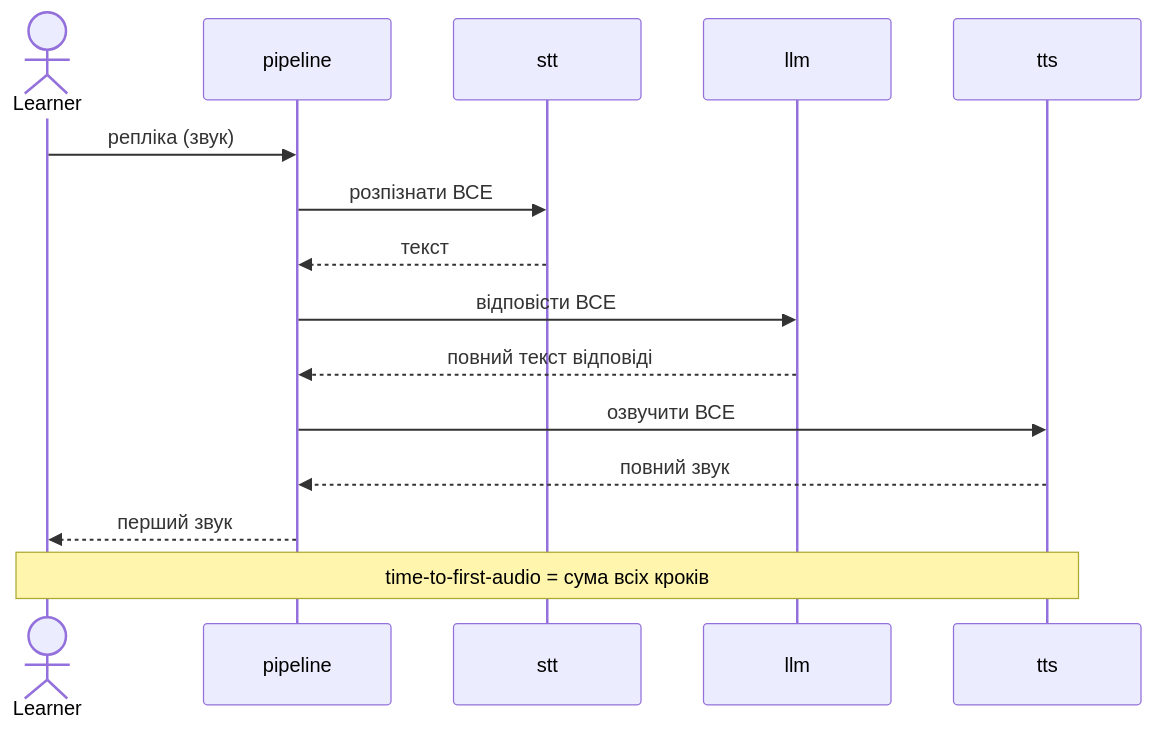
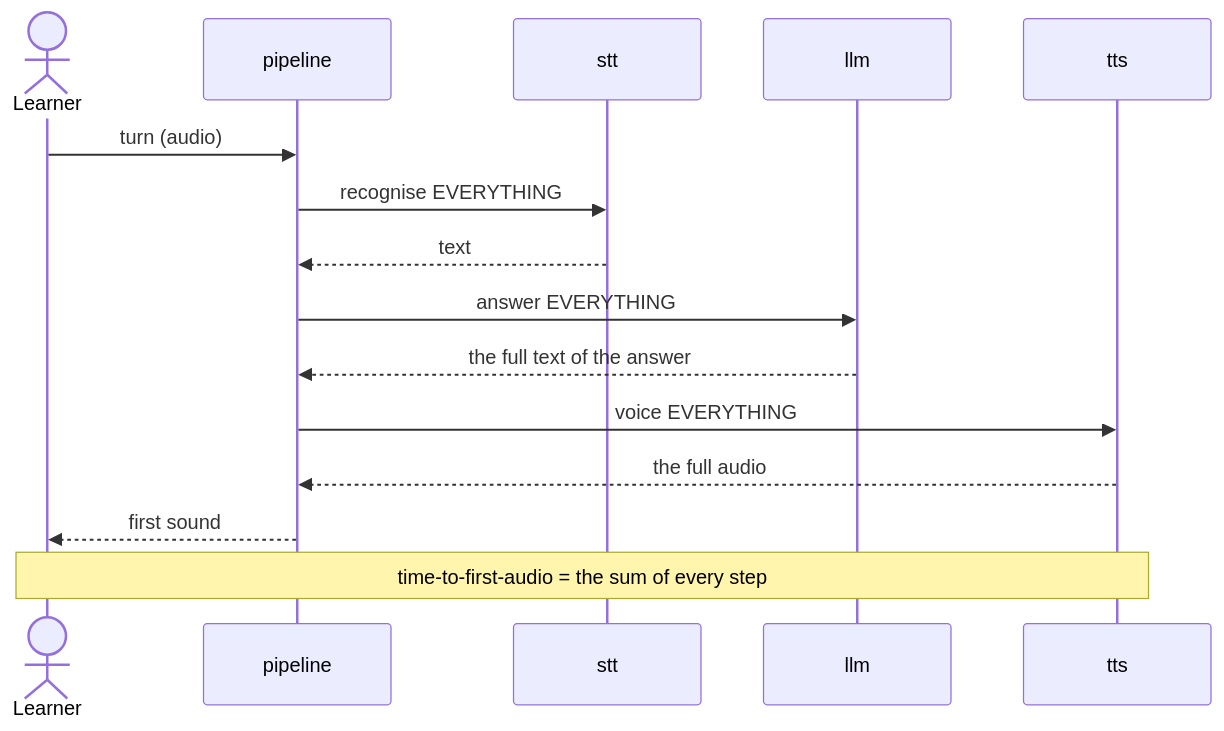
Before and after one commit to AZANIR/agentic-ai: the third of 5 diagrams in docs/features/s07-voice/sad.md, drawn with Mermaid. The commit also changed other lines of this file and 245 other files, not shown here.

````diff
--- a/docs/features/s07-voice/sad.md
+++ b/docs/features/s07-voice/sad.md
@@ -171,18 +173,18 @@
 ```mermaid
 sequenceDiagram
     actor L as Learner
     participant P as pipeline
     participant S as stt
     participant M as llm
     participant T as tts
 
-    L->>P: репліка (звук)
-    P->>S: розпізнати ВСЕ
-    S-->>P: текст
-    P->>M: відповісти ВСЕ
-    M-->>P: повний текст відповіді
-    P->>T: озвучити ВСЕ
-    T-->>P: повний звук
-    P-->>L: перший звук
-    Note over L,T: time-to-first-audio = сума всіх кроків
+    L->>P: turn (audio)
+    P->>S: recognise EVERYTHING
+    S-->>P: text
+    P->>M: answer EVERYTHING
+    M-->>P: the full text of the answer
+    P->>T: voice EVERYTHING
+    T-->>P: the full audio
+    P-->>L: first sound
+    Note over L,T: time-to-first-audio = the sum of every step
 ```
````
